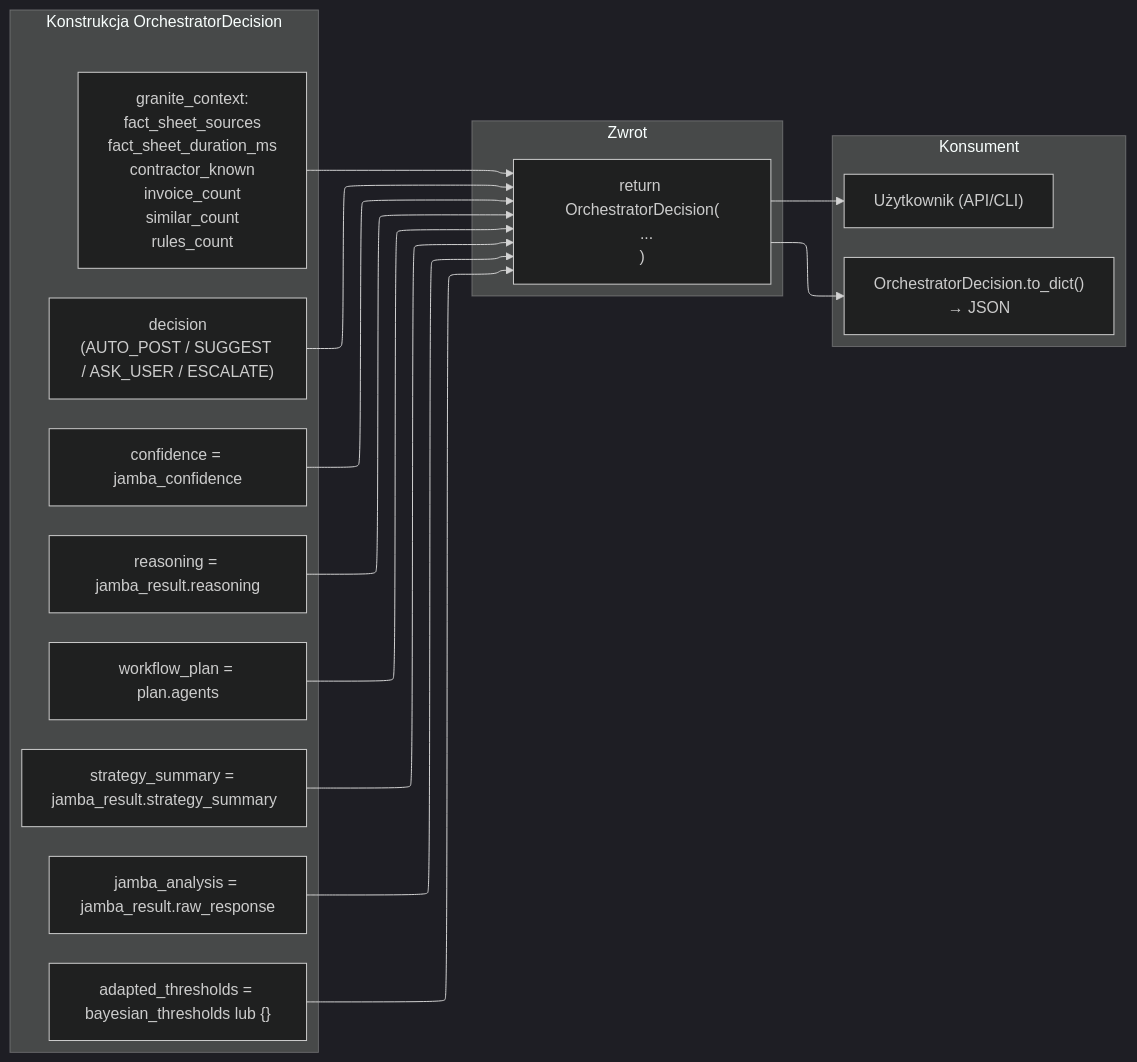
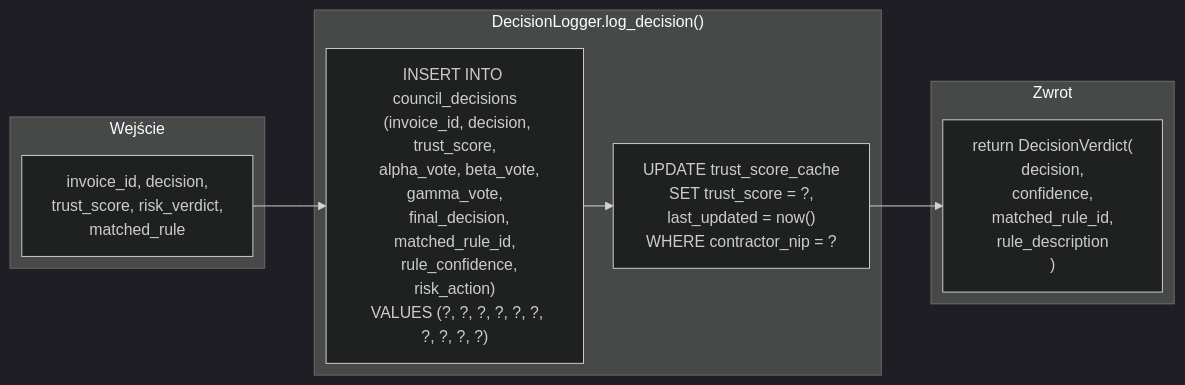
Before and after one commit to Gorski-Maciej/NexusAI: the fifth of 7 diagrams in docs/DECISION_FLOW.md, drawn with Mermaid. The commit also changed other lines of this file and 74 other files, not shown here.

````diff
--- a/docs/DECISION_FLOW.md
+++ b/docs/DECISION_FLOW.md
@@ -389,27 +244,20 @@
 ```mermaid
 %%{init: {"flowchart": {"defaultRenderer": "elk"}, "theme": "dark"}}%%
 flowchart LR
-    subgraph Build["Konstrukcja OrchestratorDecision"]
-        D1["decision\n(AUTO_POST / SUGGEST / ASK_USER / ESCALATE)"]
-        D2["confidence = jamba_confidence"]
-        D3["reasoning = jamba_result.reasoning"]
-        D4["workflow_plan = plan.agents"]
-        D5["strategy_summary = jamba_result.strategy_summary"]
-        D6["jamba_analysis = jamba_result.raw_response"]
-        D7["adapted_thresholds = bayesian_thresholds lub {}"]
-        D8["granite_context:\n  fact_sheet_sources\n  fact_sheet_duration_ms\n  contractor_known\n  invoice_count\n  similar_count\n  rules_count"]
+    subgraph INPUT["Wejście"]
+        I1["invoice_id, decision,\ntrust_score, risk_verdict,\nmatched_rule"]
     end
 
-    subgraph Return["Zwrot"]
-        R["return OrchestratorDecision(\n  ...\n)"]
+    subgraph LOG["DecisionLogger.log_decision()"]
+        L1["INSERT INTO council_decisions\n  (invoice_id, decision, trust_score,\n   alpha_vote, beta_vote, gamma_vote,\n   final_decision, matched_rule_id,\n   rule_confidence, risk_action)\n  VALUES (?, ?, ?, ?, ?, ?, ?, ?, ?, ?)"]
+        L2["UPDATE trust_score_cache\n  SET trust_score = ?,\n      last_updated = now()\n  WHERE contractor_nip = ?"]
     end
 
-    subgraph Consumer["Konsument"]
-        C1["Użytkownik (API/CLI)"]
-        C2["OrchestratorDecision.to_dict()\n→ JSON"]
+    subgraph RETURN["Zwrot"]
+        R1["return DecisionVerdict(\n  decision,\n  confidence,\n  matched_rule_id,\n  rule_description\n)"]
     end
 
-    D1 & D2 & D3 & D4 & D5 & D6 & D7 & D8 --> R
-    R --> C1
-    R --> C2
+    I1 --> L1
+    L1 --> L2
+    L2 --> R1
 ```
````
